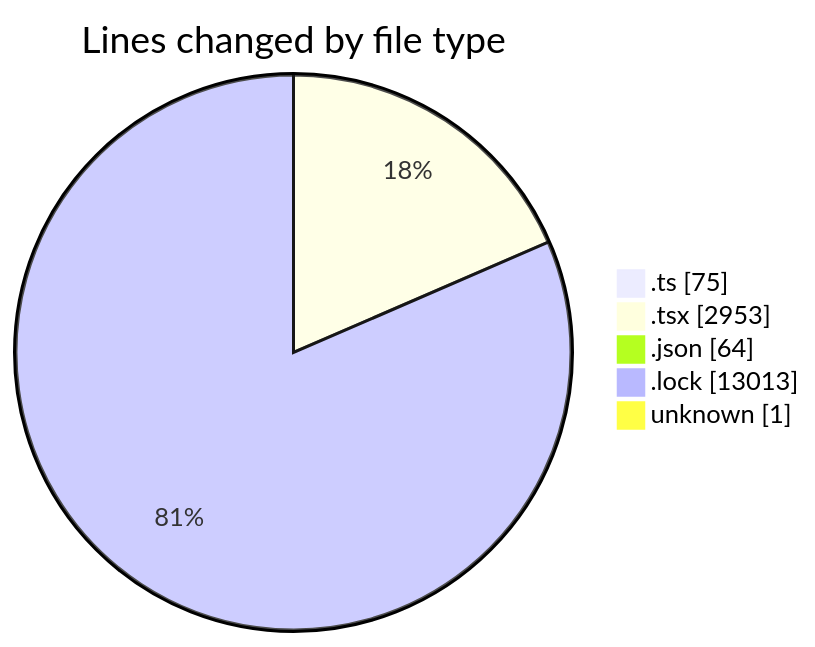
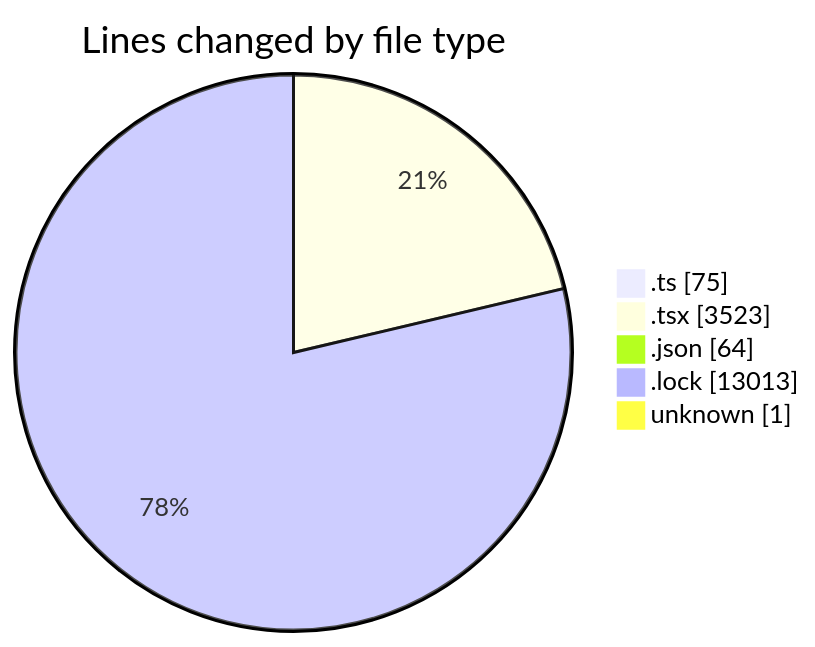
One commit to momahboobian/code-tracking changed the first of 2 diagrams in 2025-09-25/cda/README.md. Above: the diagram before and after it, drawn with Mermaid. The commit also changed other lines of this file and 1 other file, not shown here.

````diff
--- a/2025-09-25/cda/README.md
+++ b/2025-09-25/cda/README.md
@@ -38,9 +41,9 @@
 ```mermaid
 pie showData
 title Lines changed by file type
 ".ts" : 75
-".tsx" : 2953
+".tsx" : 3523
 ".json" : 64
 ".lock" : 13013
 "unknown" : 1
 ```
````
